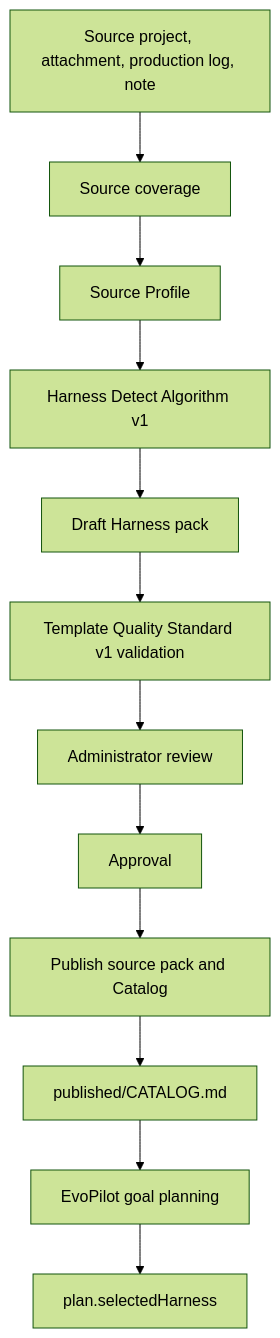
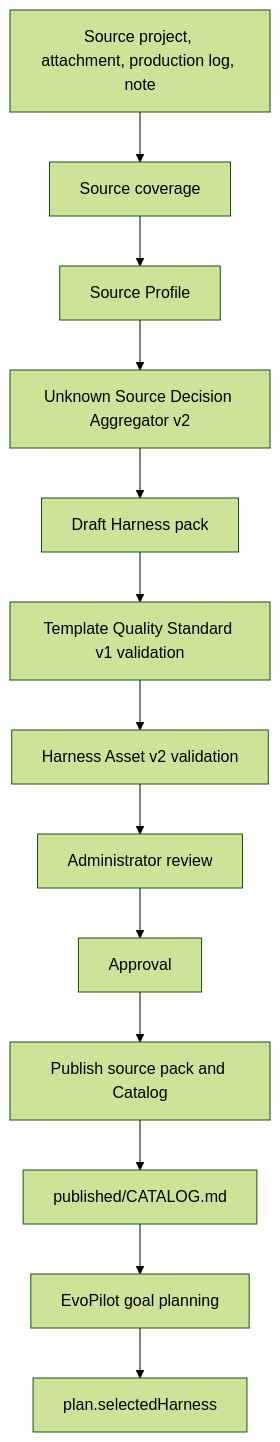
Before and after one commit to yeliang-wang/evopilot-harness: the diagram in docs/architecture/overview.md, drawn with Mermaid (forest theme). The commit also changed other lines of this file and 50 other files, not shown here.

````diff
--- a/docs/architecture/overview.md
+++ b/docs/architecture/overview.md
@@ -19,14 +19,15 @@
 ```mermaid
 flowchart TD
   A["Source project, attachment, production log, note"] --> B["Source coverage"]
   B --> P["Source Profile"]
-  P --> C["Harness Detect Algorithm v1"]
+  P --> C["Unknown Source Decision Aggregator v2"]
   C --> D["Draft Harness pack"]
   D --> E["Template Quality Standard v1 validation"]
-  E --> F["Administrator review"]
+  E --> A2["Harness Asset v2 validation"]
+  A2 --> F["Administrator review"]
   F --> G["Approval"]
   G --> H["Publish source pack and Catalog"]
   H --> I["published/CATALOG.md"]
   I --> J["EvoPilot goal planning"]
   J --> K["plan.selectedHarness"]
 ```
````
